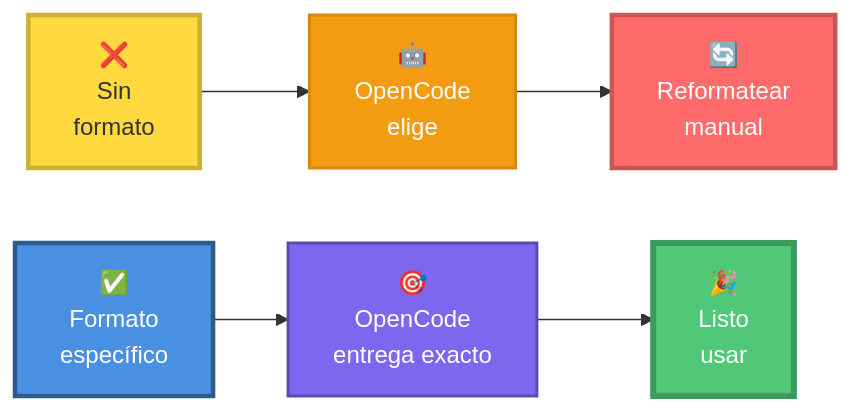
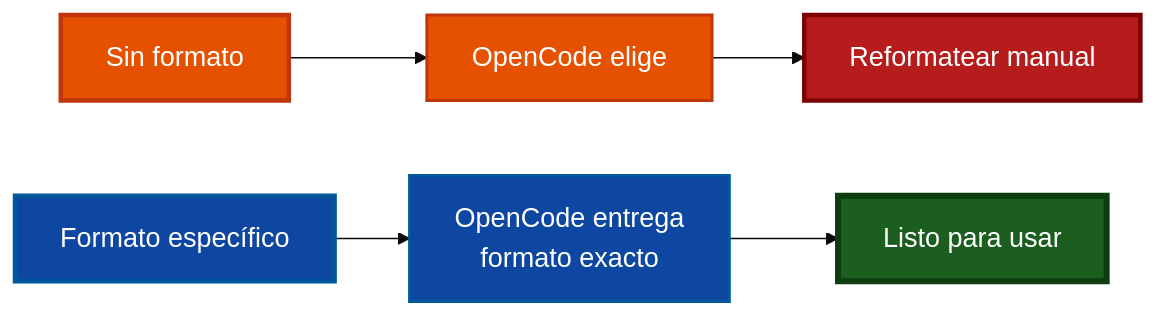
One commit to Ai-Whisperers/Courses-Content changed the eighth of 18 diagrams in courses/🟡-development/FPUNA-2026/00-FUNDAMENTOS-PRINCIPALES/03-ingenieria-prompts.md. Above: the diagram before and after it, drawn with Mermaid. The commit also changed other lines of this file and 47 other files, not shown here.

First line of the commit message:
fix: Make all 473 diagrams WCAG AAA accessible (FPUNA-2026)

````diff
--- a/courses/🟡-development/FPUNA-2026/00-FUNDAMENTOS-PRINCIPALES/03-ingenieria-prompts.md
+++ b/courses/🟡-development/FPUNA-2026/00-FUNDAMENTOS-PRINCIPALES/03-ingenieria-prompts.md
@@ -485,15 +492,16 @@
 ```mermaid
-graph LR
-    A["❌<br/>Sin<br/>formato"] --> B["🤖<br/>OpenCode<br/>elige"]
-    B --> C["🔄<br/>Reformatear<br/>manual"]
+%%{init: {'theme':'base', 'themeVariables': {'fontSize':'18px'}}}%%
+flowchart LR
+    A["Sin formato"] --> B["OpenCode elige"]
+    B --> C["Reformatear manual"]
     
-    D["✅<br/>Formato<br/>específico"] --> E["🎯<br/>OpenCode<br/>entrega exacto"]
-    E --> F["🎉<br/>Listo<br/>usar"]
+    D["Formato específico"] --> E["OpenCode entrega<br>formato exacto"]
+    E --> F["Listo para usar"]
     
-    style A fill:#FFD93D,stroke:#CCB031,stroke-width:3px,color:#333
-    style B fill:#F39C12,stroke:#D68910,stroke-width:2px,color:#fff
-    style C fill:#FF6B6B,stroke:#CC5555,stroke-width:3px,color:#fff
-    style D fill:#4A90E2,stroke:#2E5C8A,stroke-width:3px,color:#fff
-    style E fill:#7B68EE,stroke:#5A4BB5,stroke-width:2px,color:#fff
-    style F fill:#50C878,stroke:#3A9B5C,stroke-width:4px,color:#fff
+    style A fill:#e65100,stroke:#bf360c,stroke-width:3px,color:#fff
+    style B fill:#e65100,stroke:#bf360c,stroke-width:2px,color:#fff
+    style C fill:#b71c1c,stroke:#7f0000,stroke-width:3px,color:#fff
+    style D fill:#0d47a1,stroke:#01579b,stroke-width:3px,color:#fff
+    style E fill:#0d47a1,stroke:#01579b,stroke-width:2px,color:#fff
+    style F fill:#1b5e20,stroke:#0d3d0f,stroke-width:4px,color:#fff
 ```
````
